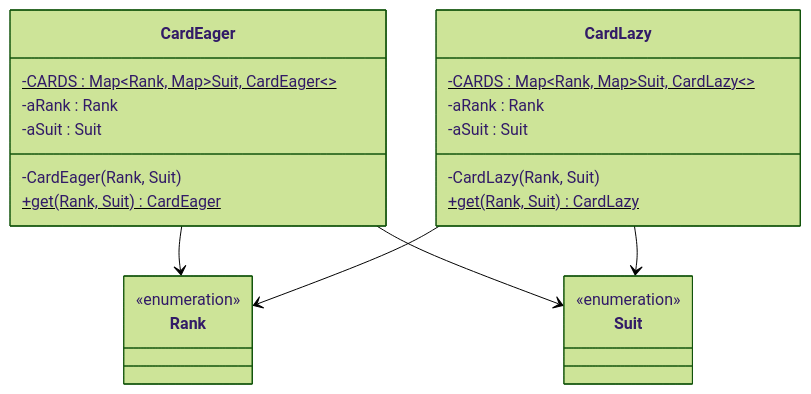
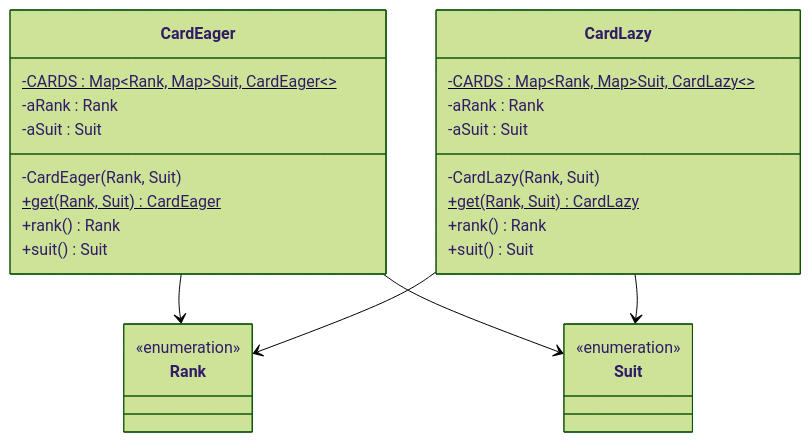
The diagram in README.md (RoyLab404/Lab05), drawn with Mermaid (forest theme) before and after one commit. The commit also changed other lines of this file and 2 other files, not shown here.

````diff
--- a/README.md
+++ b/README.md
@@ -27,27 +27,31 @@
 ```mermaid
 classDiagram
     class CardEager {
         -CARDS : Map~Rank, Map~Suit, CardEager~~$
         -aRank : Rank
         -aSuit : Suit
         -CardEager(Rank, Suit)
         +get(Rank, Suit) CardEager$
+        +rank() Rank
+        +suit() Suit
     }
     class CardLazy {
         -CARDS : Map~Rank, Map~Suit, CardLazy~~$
         -aRank : Rank
         -aSuit : Suit
         -CardLazy(Rank, Suit)
         +get(Rank, Suit) CardLazy$
+        +rank() Rank
+        +suit() Suit
     }
     class Rank {
         <<enumeration>>
     }
     class Suit {
         <<enumeration>>
     }
     CardEager --> Rank
     CardEager --> Suit
     CardLazy --> Rank
     CardLazy --> Suit
 ```
````
